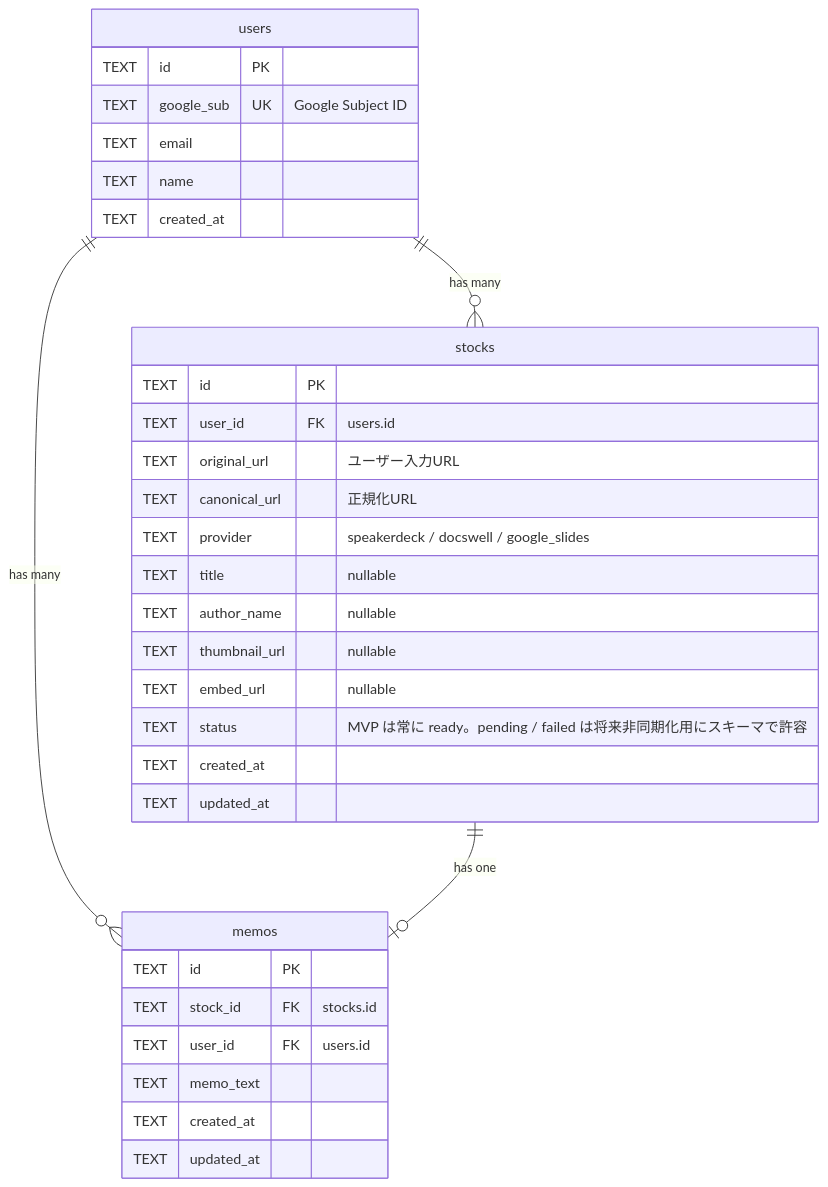
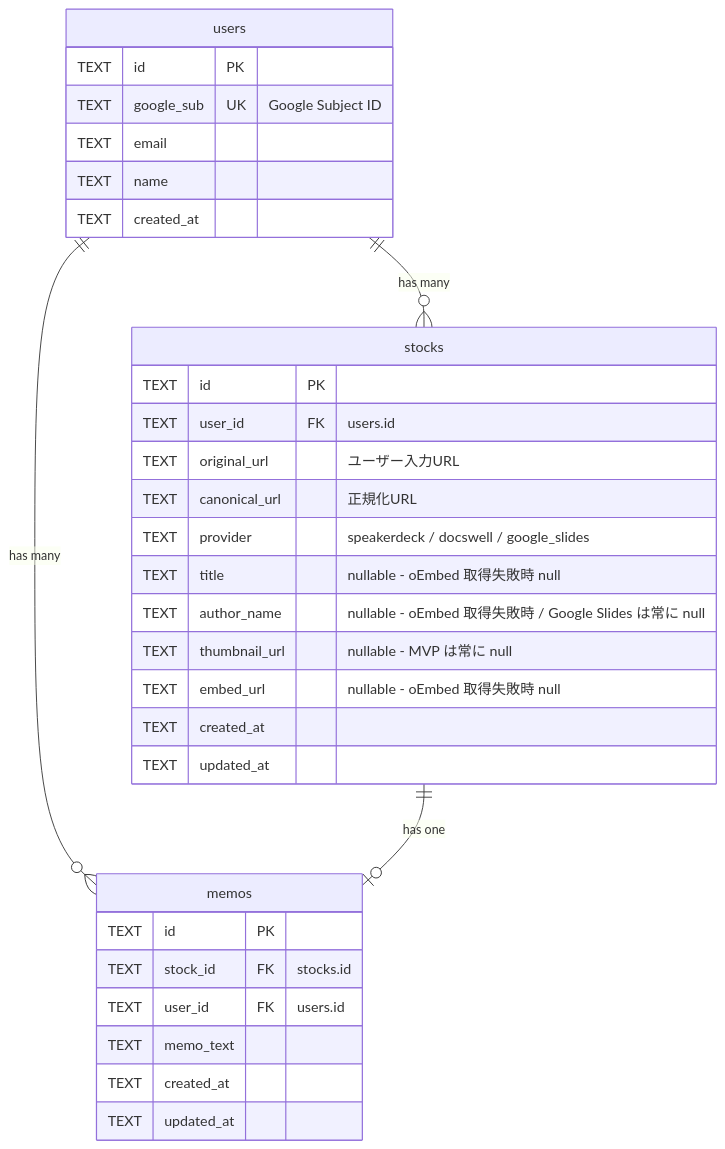
The diagram in docs/database.md (gorou-178/slide-stock), drawn with Mermaid before and after one commit. The commit also changed other lines of this file and 4 other files, not shown here.

````diff
--- a/docs/database.md
+++ b/docs/database.md
@@ -5,38 +5,37 @@
 ```mermaid
 erDiagram
     users ||--o{ stocks : "has many"
     users ||--o{ memos : "has many"
     stocks ||--o| memos : "has one"
 
     users {
         TEXT id PK
         TEXT google_sub UK "Google Subject ID"
         TEXT email
         TEXT name
         TEXT created_at
     }
 
     stocks {
         TEXT id PK
         TEXT user_id FK "users.id"
         TEXT original_url "ユーザー入力URL"
         TEXT canonical_url "正規化URL"
         TEXT provider "speakerdeck / docswell / google_slides"
-        TEXT title "nullable"
-        TEXT author_name "nullable"
-        TEXT thumbnail_url "nullable"
-        TEXT embed_url "nullable"
-        TEXT status "MVP は常に ready。pending / failed は将来非同期化用にスキーマで許容"
+        TEXT title "nullable - oEmbed 取得失敗時 null"
+        TEXT author_name "nullable - oEmbed 取得失敗時 / Google Slides は常に null"
+        TEXT thumbnail_url "nullable - MVP は常に null"
+        TEXT embed_url "nullable - oEmbed 取得失敗時 null"
         TEXT created_at
         TEXT updated_at
     }
 
     memos {
         TEXT id PK
         TEXT stock_id FK "stocks.id"
         TEXT user_id FK "users.id"
         TEXT memo_text
         TEXT created_at
         TEXT updated_at
     }
 ```
````
